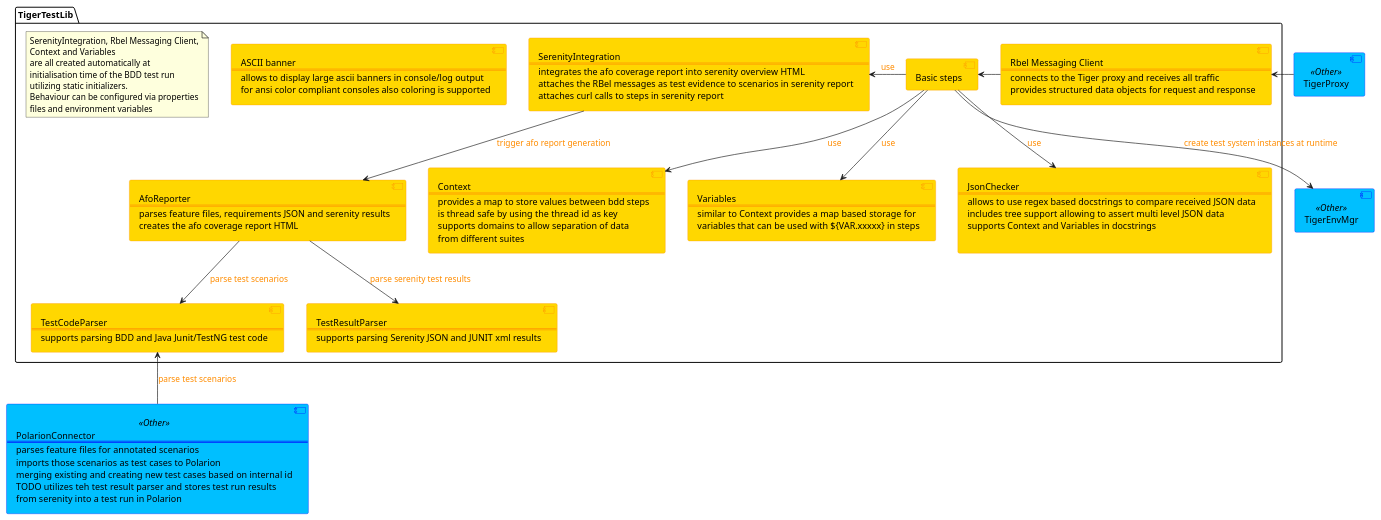
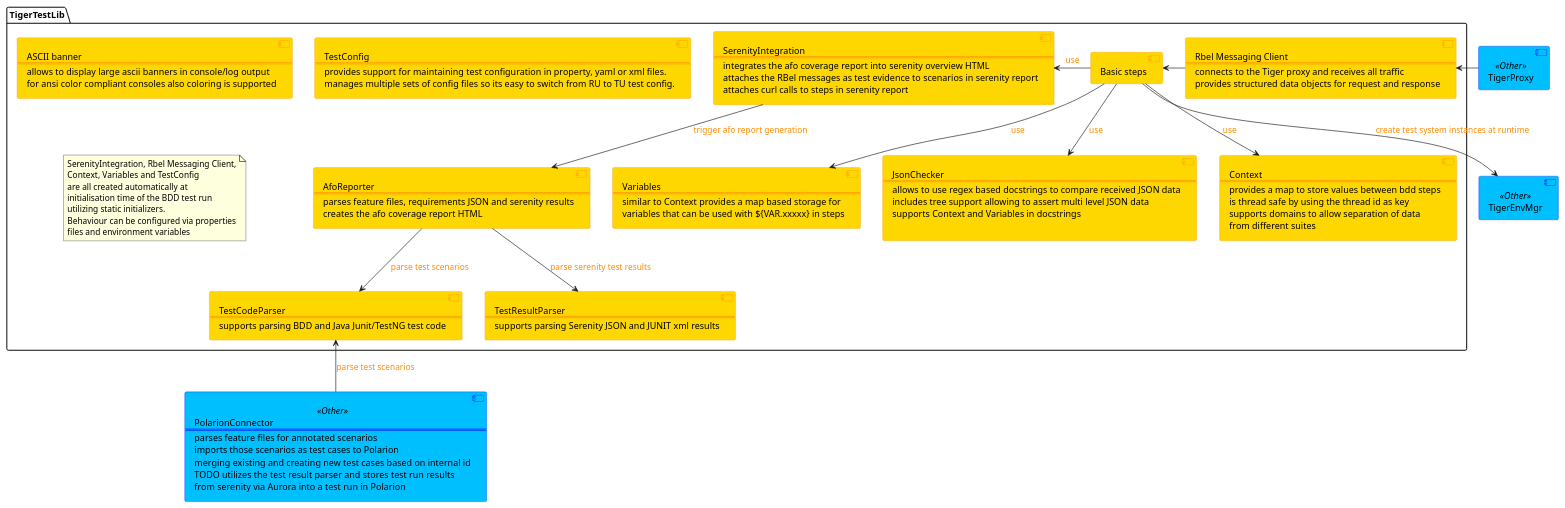
One commit to gematik/app-Tiger changed the diagram in doc/specification/tiger-test-lib_components.puml. Above: the diagram before and after it, drawn with PlantUML. The commit also changed 2 other files, not shown here.

Commit message:
reworking diagrammes

```diff
--- a/doc/specification/tiger-test-lib_components.puml
+++ b/doc/specification/tiger-test-lib_components.puml
@@ -1,116 +1,121 @@
 @startuml
 skinparam component {
     BackgroundColor Gold
     BorderColor DarkOrange
     BackgroundColor<<External>> LightGray
     BorderColor<<External>> Blue
     BackgroundColor<<Idp>> LightGreen
     BorderColor<<Idp>> Green
     BackgroundColor<<Other>> DeepSkyBlue
     BorderColor<<Other>> Blue
     BackgroundColor<<NextRelease>> LightGray
     FontColor<<NextRelease>> Gray
     BorderColor<<NextRelease>> Gray
     ArrowColor<<HTTP>> DodgerBlue
     FontColor<<HTTP>> Gray
     ArrowFontColor DarkOrange
     ArrowThickness 1
 }
 
 skinparam interface {
     BorderColor<<HTTP>> DodgerBlue
 }
 
     component TigerProxy as tp <<Other>>
     component TigerEnvMgr as tem <<Other>>
     component polc <<Other>> [PolarionConnector
       ===
       parses feature files for annotated scenarios
       imports those scenarios as test cases to Polarion
       merging existing and creating new test cases based on internal id
-      TODO utilizes teh test result parser and stores test run results
-      from serenity into a test run in Polarion
+      TODO utilizes the test result parser and stores test run results
+      from serenity via Aurora into a test run in Polarion
     ]
 
     package TigerTestLib {
       component "Basic steps" as bs
       component jsonchck [JsonChecker
         ===
         allows to use regex based docstrings to compare received JSON data
         includes tree support allowing to assert multi level JSON data
         supports Context and Variables in docstrings
 
       ]
       component ctxt [Context
         ===
         provides a map to store values between bdd steps
         is thread safe by using the thread id as key
         supports domains to allow separation of data
         from different suites
       ]
       component var [Variables
         ===
         similar to Context provides a map based storage for
         variables that can be used with ${VAR.xxxxx} in steps
       ]
       component rbelcli [Rbel Messaging Client
         ===
         connects to the Tiger proxy and receives all traffic
         provides structured data objects for request and response
       ]
       component aforep [AfoReporter
         ===
         parses feature files, requirements JSON and serenity results
         creates the afo coverage report HTML
       ]
       component codepars [TestCodeParser
         ===
         supports parsing BDD and Java Junit/TestNG test code
       ]
       component resparse [TestResultParser
         ===
         supports parsing Serenity JSON and JUNIT xml results
       ]
       component serint [SerenityIntegration
         ===
         integrates the afo coverage report into serenity overview HTML
         attaches the RBel messages as test evidence to scenarios in serenity report
         attaches curl calls to steps in serenity report
       ]
       component banner [ASCII banner
-        ===
-        allows to display large ascii banners in console/log output
-        for ansi color compliant consoles also coloring is supported
-      ]
+              ===
+              allows to display large ascii banners in console/log output
+              for ansi color compliant consoles also coloring is supported
+            ]
+            component testcfg [TestConfig
+                    ===
+                    provides support for maintaining test configuration in property, yaml or xml files.
+                    manages multiple sets of config files so its easy to switch from RU to TU test config.
+                  ]
 
           note as n1
             SerenityIntegration, Rbel Messaging Client,
-            Context and Variables
+            Context, Variables and TestConfig
             are all created automatically at
             initialisation time of the BDD test run
             utilizing static initializers.
             Behaviour can be configured via properties
             files and environment variables
           end note
 
 
     }
 
     aforep -down-> codepars : parse test scenarios
     aforep -down-> resparse : parse serenity test results
 
     polc -up-> codepars : parse test scenarios
 
     serint -down-> aforep : trigger afo report generation
 
     bs -down-> ctxt : use
     bs -down-> var : use
     bs -down-> jsonchck : use
     bs -left-> serint : use
 
     bs -down-> tem : create test system instances at runtime
 
     bs <-right- rbelcli
     tp -left-> rbelcli
 
 @enduml
```
